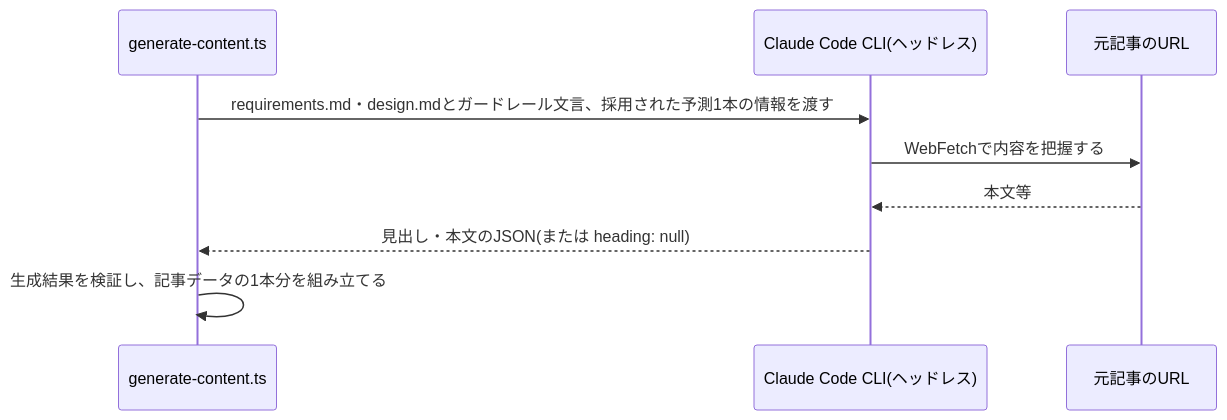
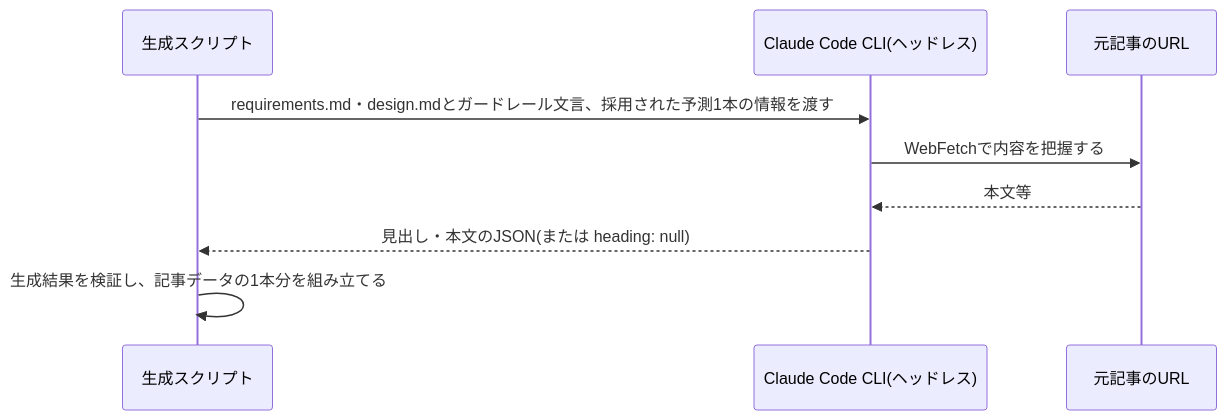
The diagram in specs/future-digest/content-generation/design.md (zakiyama0108/benriyatool), drawn with Mermaid before and after one commit. The commit also changed 3 other files, not shown here.

First line of the commit message:
docs(future-digest, research-digest): architectureのコンテキスト図と生成スクリプトの参加者名を直す

````diff
--- a/specs/future-digest/content-generation/design.md
+++ b/specs/future-digest/content-generation/design.md
@@ -27,12 +27,12 @@
 ```mermaid
 sequenceDiagram
-    participant script as generate-content.ts
+    participant script as 生成スクリプト
     participant claude as Claude Code CLI(ヘッドレス)
     participant source as 元記事のURL
 
     script ->> claude: requirements.md・design.mdとガードレール文言、採用された予測1本の情報を渡す
     claude ->> source: WebFetchで内容を把握する
     source -->> claude: 本文等
     claude -->> script: 見出し・本文のJSON(または heading: null)
     script ->> script: 生成結果を検証し、記事データの1本分を組み立てる
 ```
````
